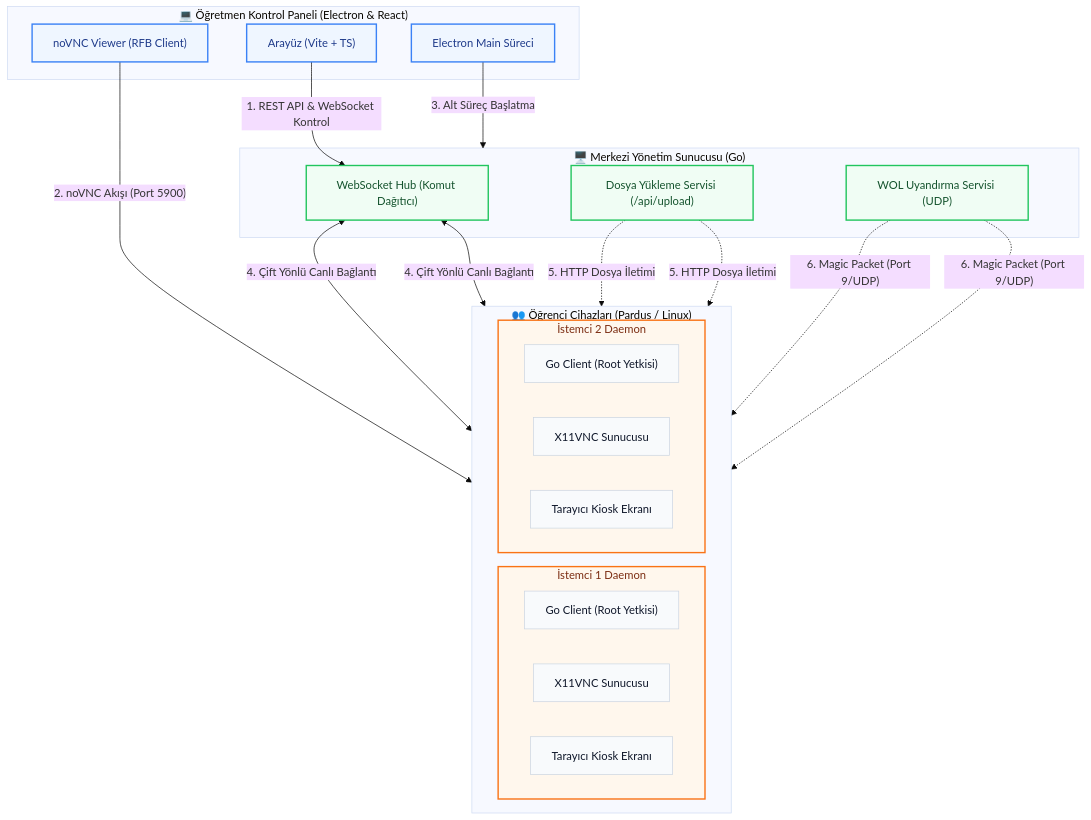
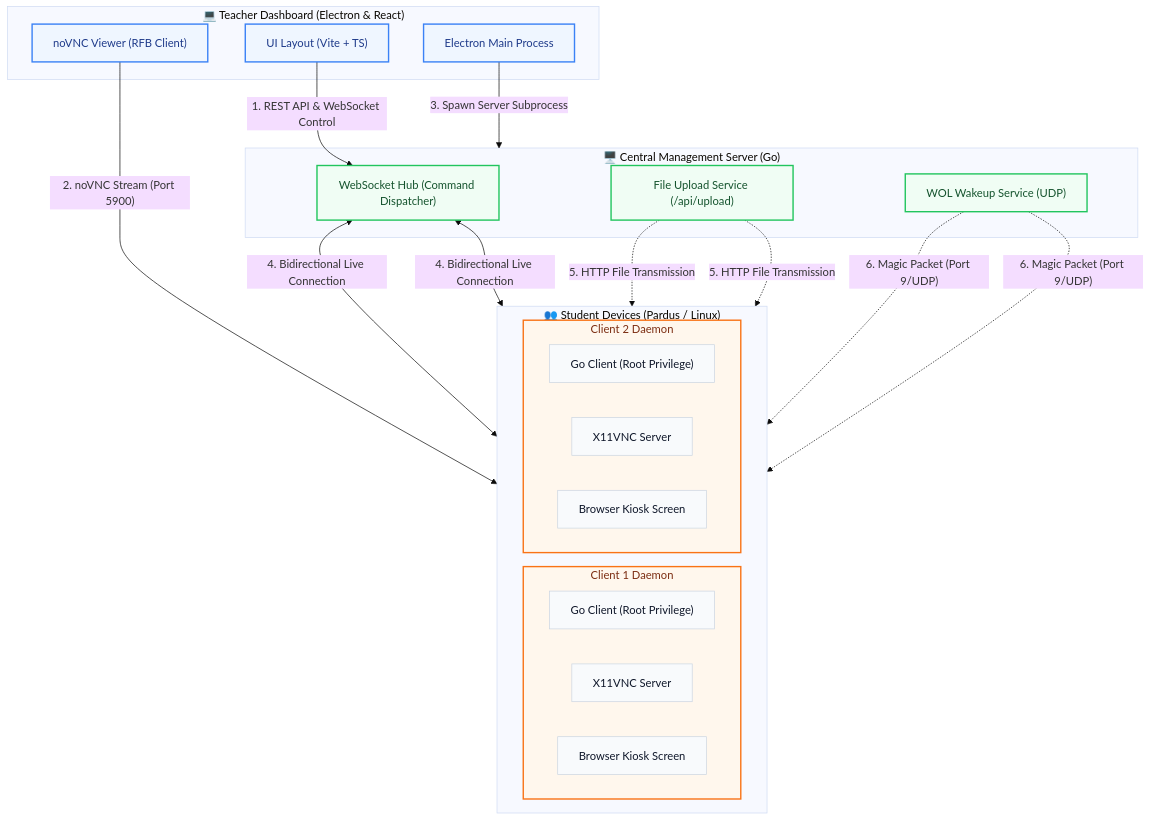
One commit to Emiran404/PolyOS-Lab changed the diagram in README.md. Above: the diagram before and after it, drawn with Mermaid (base theme).

Commit message:
docs: translate architecture diagram to English in README

````diff
--- a/README.md
+++ b/README.md
@@ -109,53 +109,53 @@
 ```mermaid
 graph TB
     %% Nodes
-    subgraph DashboardEnv ["💻 Öğretmen Kontrol Paneli (Electron & React)"]
-        DashboardUI["Arayüz (Vite + TS)"]
+    subgraph DashboardEnv ["💻 Teacher Dashboard (Electron & React)"]
+        DashboardUI["UI Layout (Vite + TS)"]
         VncViewer["noVNC Viewer (RFB Client)"]
-        ElectronMain["Electron Main Süreci"]
+        ElectronMain["Electron Main Process"]
     end
 
-    subgraph ServerEnv ["🖥️ Merkezi Yönetim Sunucusu (Go)"]
-        WSHub["WebSocket Hub (Komut Dağıtıcı)"]
-        UploadSrv["Dosya Yükleme Servisi (/api/upload)"]
-        WOLSrv["WOL Uyandırma Servisi (UDP)"]
+    subgraph ServerEnv ["🖥️ Central Management Server (Go)"]
+        WSHub["WebSocket Hub (Command Dispatcher)"]
+        UploadSrv["File Upload Service (/api/upload)"]
+        WOLSrv["WOL Wakeup Service (UDP)"]
     end
 
-    subgraph ClientEnv ["👥 Öğrenci Cihazları (Pardus / Linux)"]
+    subgraph ClientEnv ["👥 Student Devices (Pardus / Linux)"]
         direction LR
-        subgraph Client1 ["İstemci 1 Daemon"]
-            GoClient1["Go Client (Root Yetkisi)"]
-            VncSrv1["X11VNC Sunucusu"]
-            Kiosk1["Tarayıcı Kiosk Ekranı"]
+        subgraph Client1 ["Client 1 Daemon"]
+            GoClient1["Go Client (Root Privilege)"]
+            VncSrv1["X11VNC Server"]
+            Kiosk1["Browser Kiosk Screen"]
         end
-        subgraph Client2 ["İstemci 2 Daemon"]
-            GoClient2["Go Client (Root Yetkisi)"]
-            VncSrv2["X11VNC Sunucusu"]
-            Kiosk2["Tarayıcı Kiosk Ekranı"]
+        subgraph Client2 ["Client 2 Daemon"]
+            GoClient2["Go Client (Root Privilege)"]
+            VncSrv2["X11VNC Server"]
+            Kiosk2["Browser Kiosk Screen"]
         end
     end
 
     %% Connections
-    DashboardUI -->|1. REST API & WebSocket Kontrol| WSHub
-    VncViewer -->|"2. noVNC Akışı (Port 5900)"| VncSrv1
-    ElectronMain -->|3. Alt Süreç Başlatma| ServerEnv
+    DashboardUI -->|"1. REST API & WebSocket Control"| WSHub
+    VncViewer -->|"2. noVNC Stream (Port 5900)"| VncSrv1
+    ElectronMain -->|"3. Spawn Server Subprocess"| ServerEnv
 
-    WSHub <-->|"4. Çift Yönlü Canlı Bağlantı"| GoClient1
-    WSHub <-->|"4. Çift Yönlü Canlı Bağlantı"| GoClient2
+    WSHub <-->|"4. Bidirectional Live Connection"| GoClient1
+    WSHub <-->|"4. Bidirectional Live Connection"| GoClient2
     
-    UploadSrv -.->|5. HTTP Dosya İletimi| GoClient1
-    UploadSrv -.->|5. HTTP Dosya İletimi| GoClient2
+    UploadSrv -.->|"5. HTTP File Transmission"| GoClient1
+    UploadSrv -.->|"5. HTTP File Transmission"| GoClient2
 
     WOLSrv -.->|"6. Magic Packet (Port 9/UDP)"| GoClient1
     WOLSrv -.->|"6. Magic Packet (Port 9/UDP)"| GoClient2
 
     %% Styling
     classDef ogretmen fill:#eff6ff,stroke:#3b82f6,stroke-width:2px,color:#1e3a8a;
     classDef sunucu fill:#f0fdf4,stroke:#22c55e,stroke-width:2px,color:#14532d;
     classDef istemci fill:#fff7ed,stroke:#f97316,stroke-width:2px,color:#7c2d12;
     classDef default fill:#f8fafc,stroke:#cbd5e1,stroke-width:1px,color:#0f172a;
 
     class DashboardUI,VncViewer,ElectronMain ogretmen;
     class WSHub,UploadSrv,WOLSrv sunucu;
     class Client1,Client2 istemci;
 ```
````
